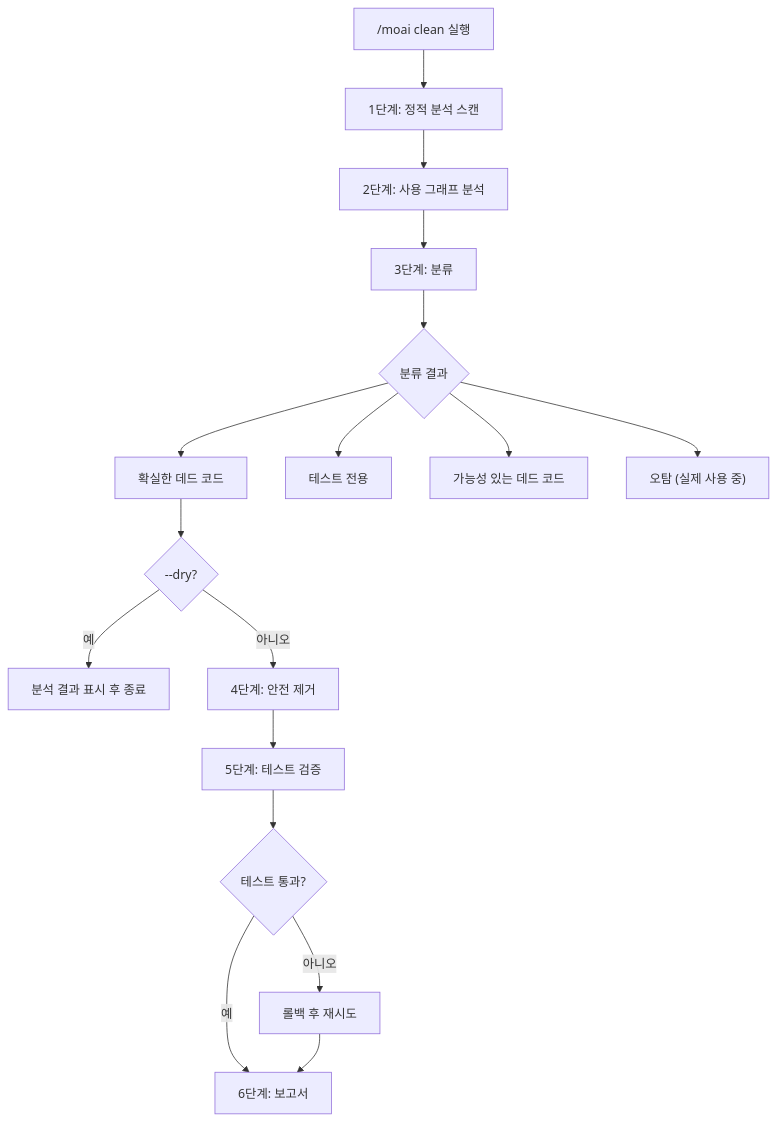
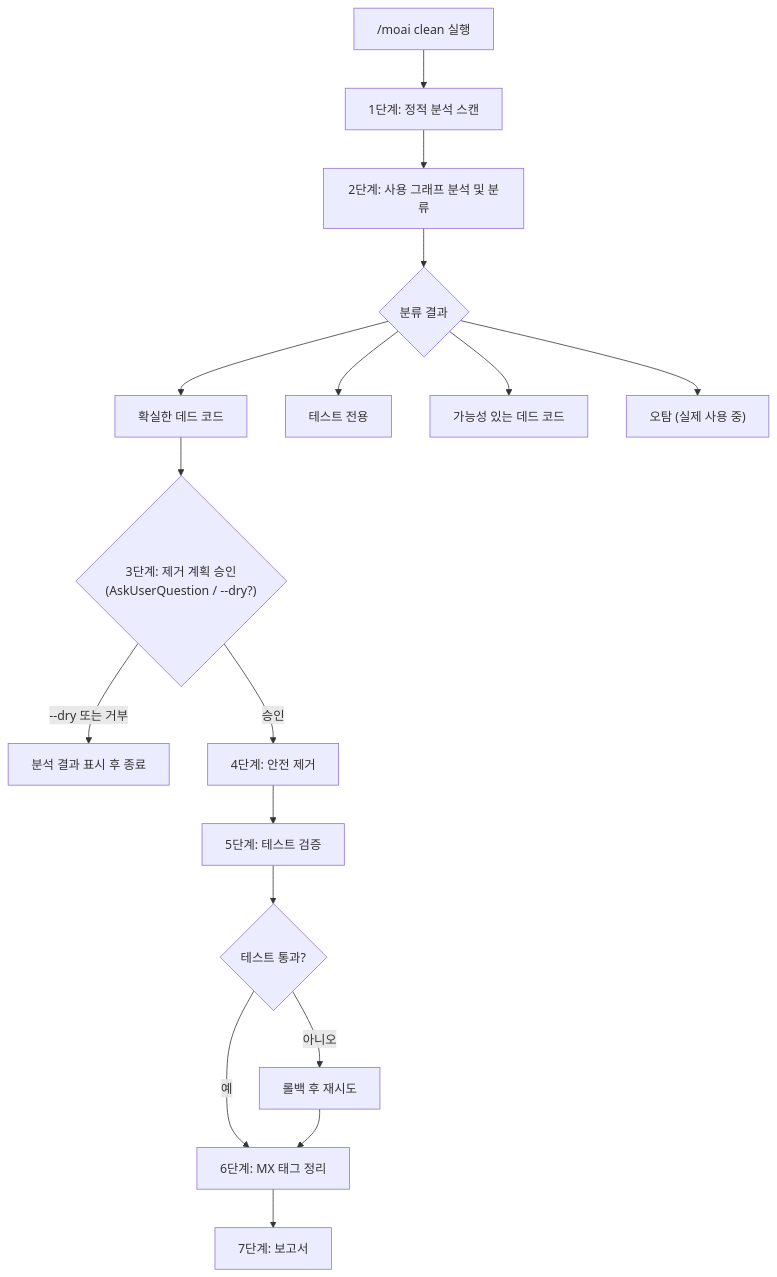
The first of 2 diagrams in docs-site/content/ko/utility-commands/moai-clean.md (modu-ai/moai-adk), drawn with Mermaid before and after one commit. The commit also changed other lines of this file and 13 other files, not shown here.

````diff
--- a/docs-site/content/ko/utility-commands/moai-clean.md
+++ b/docs-site/content/ko/utility-commands/moai-clean.md
@@ -76,23 +76,22 @@
 ```mermaid
 flowchart TD
     Start["/moai clean 실행"] --> Phase1["1단계: 정적 분석 스캔"]
 
-    Phase1 --> Phase2["2단계: 사용 그래프 분석"]
-
-    Phase2 --> Phase3["3단계: 분류"]
-    Phase3 --> Classify{"분류 결과"}
+    Phase1 --> Phase2["2단계: 사용 그래프 분석 및 분류"]
+    Phase2 --> Classify{"분류 결과"}
     Classify --> Dead["확실한 데드 코드"]
     Classify --> TestOnly["테스트 전용"]
     Classify --> Likely["가능성 있는 데드 코드"]
     Classify --> False["오탐 (실제 사용 중)"]
 
-    Dead --> Approval{"--dry?"}
-    Approval -->|예| Report["분석 결과 표시 후 종료"]
-    Approval -->|아니오| Phase4["4단계: 안전 제거"]
+    Dead --> Phase3{"3단계: 제거 계획 승인<br/>(AskUserQuestion / --dry?)"}
+    Phase3 -->|--dry 또는 거부| Report["분석 결과 표시 후 종료"]
+    Phase3 -->|승인| Phase4["4단계: 안전 제거"]
 
     Phase4 --> Phase5["5단계: 테스트 검증"]
     Phase5 --> Pass{"테스트 통과?"}
-    Pass -->|예| Phase6["6단계: 보고서"]
     Pass -->|아니오| Rollback["롤백 후 재시도"]
+    Pass -->|예| Phase6["6단계: MX 태그 정리"]
     Rollback --> Phase6
+    Phase6 --> Phase7["7단계: 보고서"]
 ```
````
